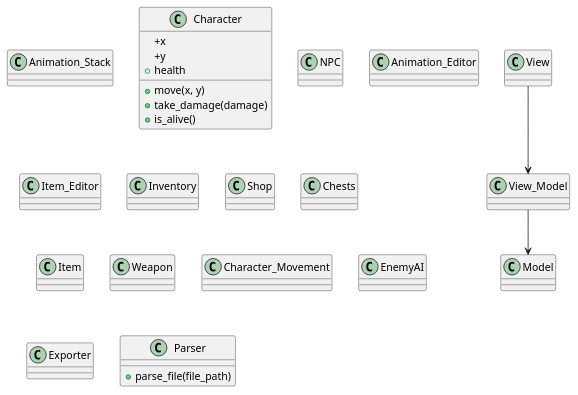
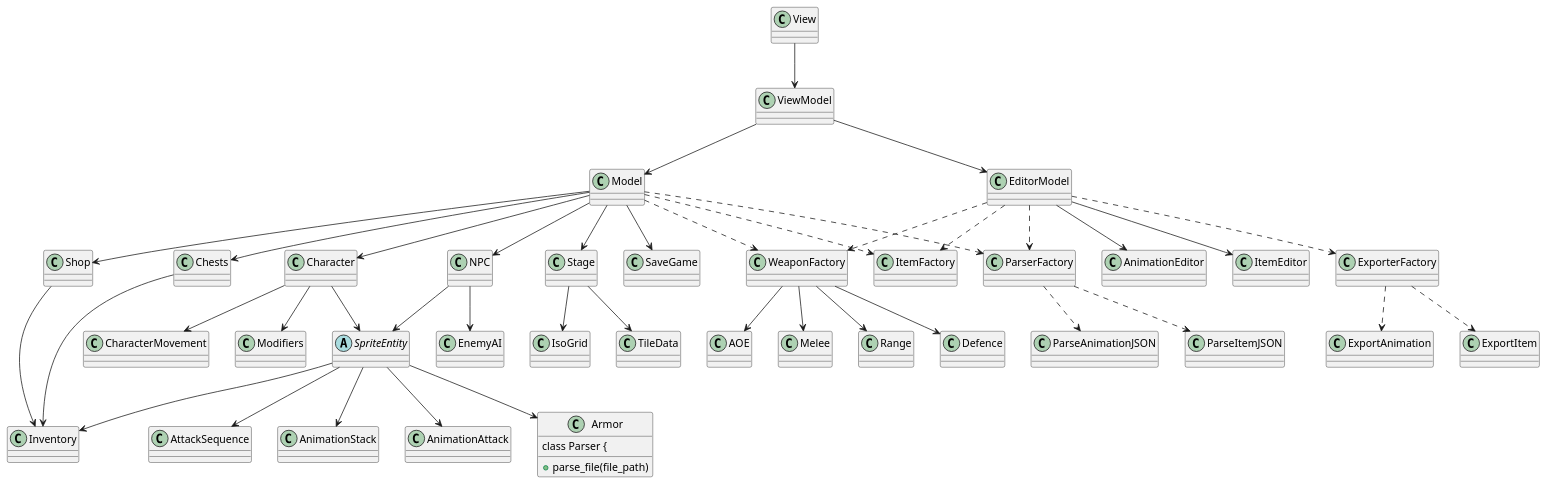
The diagram in Design/Class Diagram.puml (Uthjos/Project-Lapis-), drawn with PlantUML before and after one commit.

Commit message:
Iteration 2 of Class Diagram.puml

```diff
--- a/Design/Class Diagram.puml
+++ b/Design/Class Diagram.puml
@@ -1,81 +1,191 @@
 @startuml
 class View{
 
 }
 
-class View_Model {
+class ViewModel {
 
 }
 
 class Model {
 
 }
 
-class Animation_Stack {
+class EditorModel{
+
+}
+
+class AnimationStack {
 
 }
 
 class Character {
-    +x
-    +y
-    +health
 
-    +move(x, y)
-    +take_damage(damage)
-    +is_alive()
 }
 
 class NPC {
 
 }
 
-class Animation_Editor{
+class AnimationEditor{
 
 }
 
-class Item_Editor {
+class ItemEditor {
 
 }
 
 class Inventory {
 
 }
 
 class Shop {
 
 }
 
 class Chests {
 
 }
 
-class Item {
+class ItemFactory {
 
 }
 
-class Weapon{
+class WeaponFactory{
 
 }
 
-class Character_Movement {
+class CharacterMovement {
 
 }
 
 class EnemyAI {
 
 }
 
-class Exporter {
+class ExporterFactory {
 
 }
+
+class ParserFactory {
+
+}
+
+class AnimationAttack {
+
+}
+
+class ExportAnimation {
+
+}
+
+class ExportItem {
+
+}
+
+class Stage {
+
+}
+
+class IsoGrid {
+
+}
+
+class TileData {
+
+}
+
+class Armor {
 
 class Parser {
     +parse_file(file_path)
 }
 
+class SaveGame {
 
-View --> View_Model
-View_Model --> Model
+}
+
+class Modifiers {
+
+}
+
+class AttackSequence {
+
+}
+
+class AOE {
+
+}
+
+class Melee{
+
+}
+
+class Range {
+
+}
+
+class Defence {
+
+}
+
+abstract class SpriteEntity {
+
+}
+
+class ParseAnimationJSON
+
+View --> ViewModel
+ViewModel --> Model
+ViewModel --> EditorModel
+
+EditorModel ..> ExporterFactory
+EditorModel ..> ParserFactory
+EditorModel --> ItemEditor
+EditorModel --> AnimationEditor
+EditorModel ..> WeaponFactory
+EditorModel ..> ItemFactory
+
+Model --> Stage
+Model --> Character
+Model --> NPC
+Model --> SaveGame
+Model ..> ParserFactory
+Model ..> WeaponFactory
+Model --> Chests
+Model --> Shop
+Model ..> ItemFactory
+
+Character --> SpriteEntity
+Character --> CharacterMovement
+Character --> Modifiers
 
 
+NPC --> SpriteEntity
+NPC --> EnemyAI
+
+SpriteEntity --> AnimationAttack
+SpriteEntity --> AnimationStack
+SpriteEntity --> Armor
+SpriteEntity --> AttackSequence
+SpriteEntity --> Inventory
+
+
+Shop --> Inventory
+
+Chests --> Inventory
+
+ExporterFactory ..> ExportItem
+ExporterFactory ..> ExportAnimation
+
+WeaponFactory --> Melee
+WeaponFactory --> Range
+WeaponFactory --> AOE
+WeaponFactory --> Defence
+
+ParserFactory ..> ParseItemJSON
+ParserFactory ..> ParseAnimationJSON
+
+Stage --> IsoGrid
+Stage --> TileData
 @enduml
```
